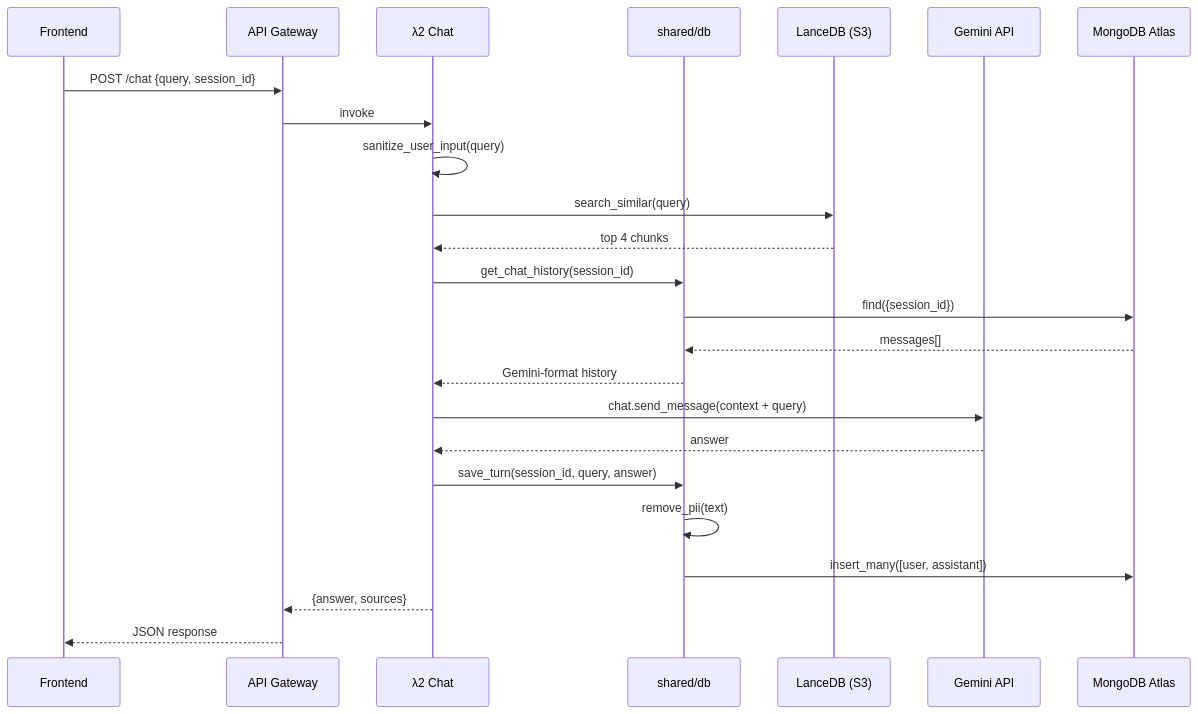
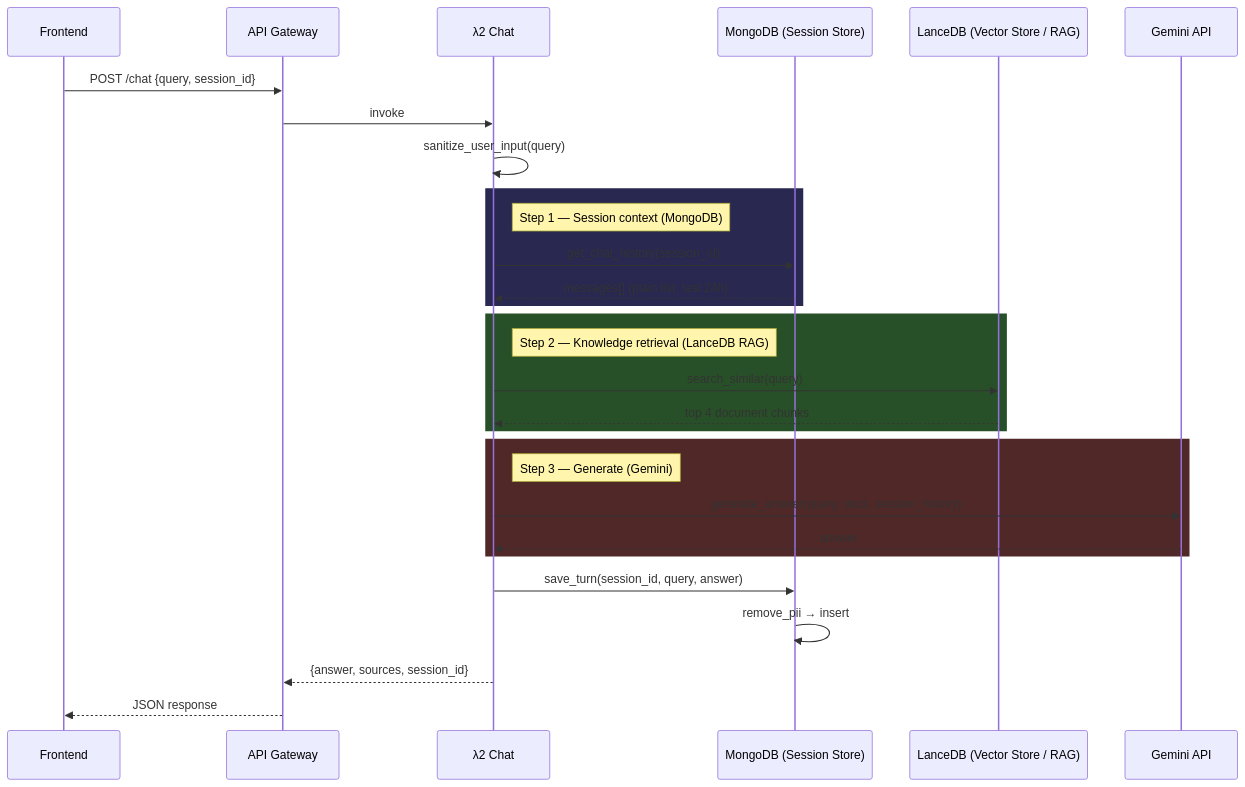
Before and after one commit to EB-WildEye/Gali: the eighth of 11 diagrams in README.md, drawn with Mermaid. The commit also changed other lines of this file, not shown here.

First line of the commit message:
Clarify MongoDB as session store in README

````diff
--- a/README.md
+++ b/README.md
@@ -399,27 +406,36 @@
 ```mermaid
 sequenceDiagram
     participant UI as Frontend
     participant GW as API Gateway
     participant Chat as λ2 Chat
-    participant Shared as shared/db
-    participant Lance as LanceDB (S3)
+    participant Mongo as MongoDB (Session Store)
+    participant Lance as LanceDB (Vector Store / RAG)
     participant Gemini as Gemini API
-    participant Mongo as MongoDB Atlas
 
     UI->>GW: POST /chat {query, session_id}
     GW->>Chat: invoke
     Chat->>Chat: sanitize_user_input(query)
+
+    rect rgb(40, 40, 80)
+    Note right of Chat: Step 1 — Session context (MongoDB)
+    Chat->>Mongo: get_chat_history(session_id)
+    Mongo-->>Chat: messages[] (plain list, last 24h)
+    end
+
+    rect rgb(40, 80, 40)
+    Note right of Chat: Step 2 — Knowledge retrieval (LanceDB RAG)
     Chat->>Lance: search_similar(query)
-    Lance-->>Chat: top 4 chunks
-    Chat->>Shared: get_chat_history(session_id)
-    Shared->>Mongo: find({session_id})
-    Mongo-->>Shared: messages[]
-    Shared-->>Chat: Gemini-format history
-    Chat->>Gemini: chat.send_message(context + query)
+    Lance-->>Chat: top 4 document chunks
+    end
+
+    rect rgb(80, 40, 40)
+    Note right of Chat: Step 3 — Generate (Gemini)
+    Chat->>Gemini: generate_answer(query, docs, session_history)
     Gemini-->>Chat: answer
-    Chat->>Shared: save_turn(session_id, query, answer)
-    Shared->>Shared: remove_pii(text)
-    Shared->>Mongo: insert_many([user, assistant])
-    Chat-->>GW: {answer, sources}
+    end
+
+    Chat->>Mongo: save_turn(session_id, query, answer)
+    Mongo->>Mongo: remove_pii → insert
+    Chat-->>GW: {answer, sources, session_id}
     GW-->>UI: JSON response
 ```
````
